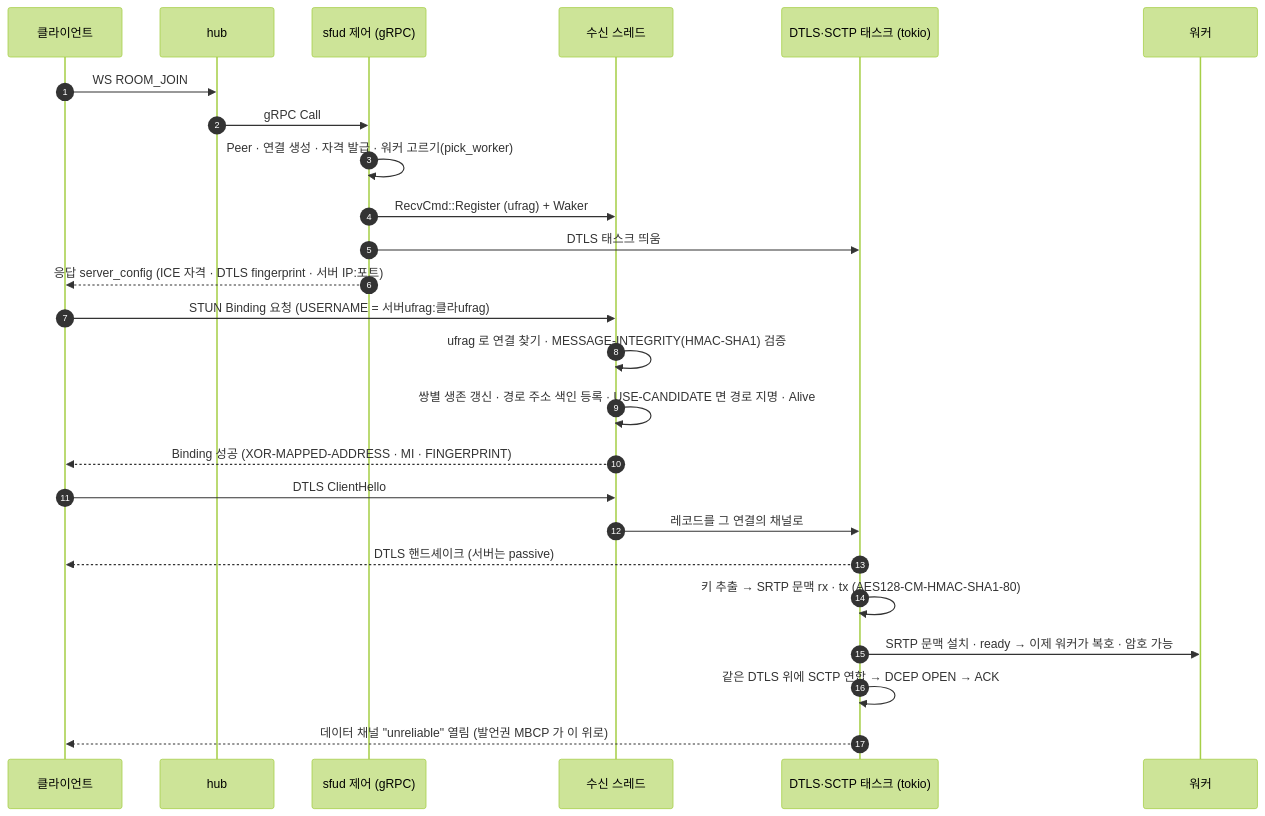
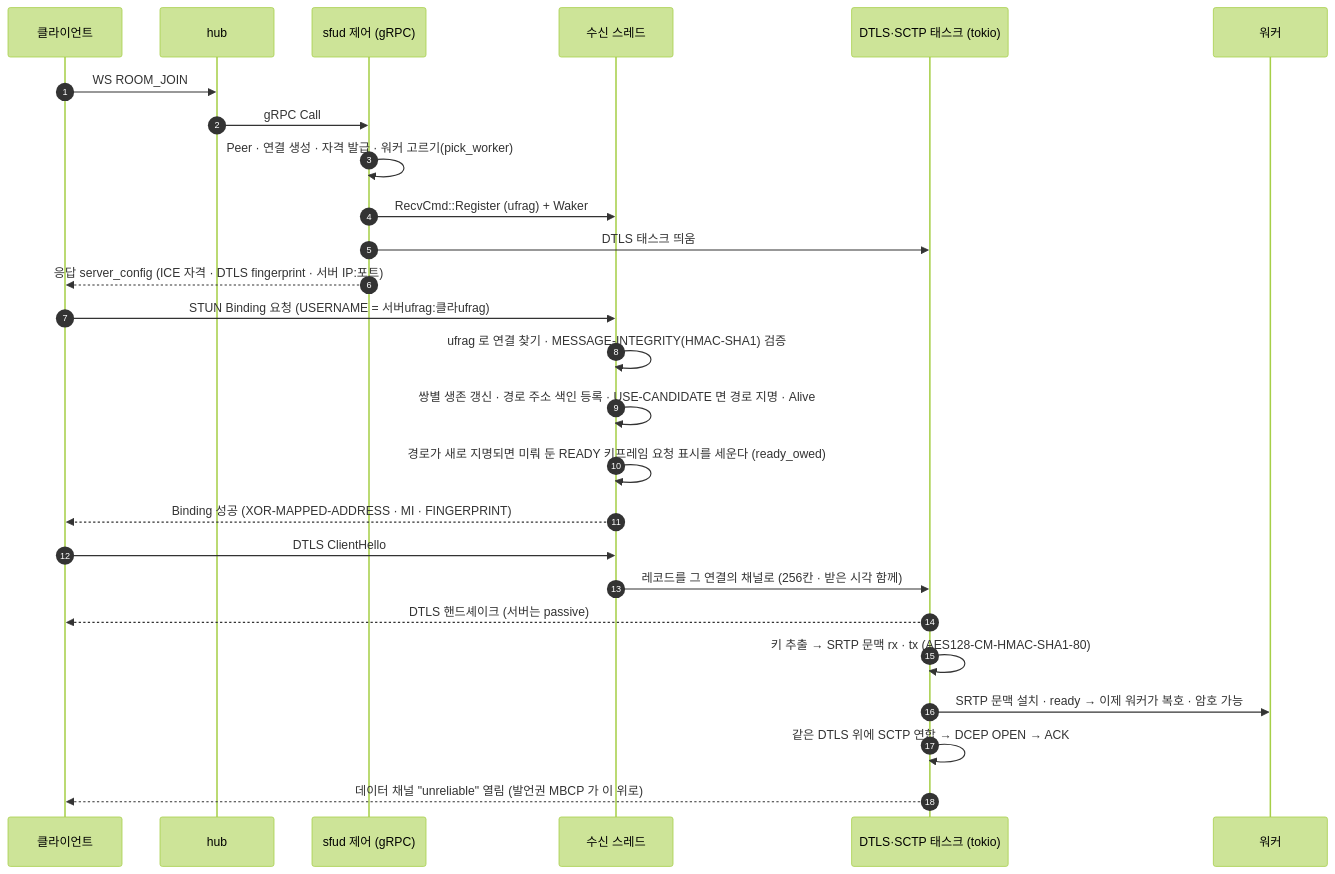
One commit to kodeholic9/oxlens-sfu changed the fifth of 11 diagrams in docs/architecture.md. Above: the diagram before and after it, drawn with Mermaid (forest theme). The commit also changed other lines of this file and 37 other files, not shown here.

````diff
--- a/docs/architecture.md
+++ b/docs/architecture.md
@@ -267,30 +322,31 @@
 ```mermaid
 sequenceDiagram
     autonumber
     participant C as 클라이언트
     participant H as hub
     participant G as sfud 제어 (gRPC)
     participant R as 수신 스레드
     participant D as DTLS·SCTP 태스크 (tokio)
     participant W as 워커
 
     C->>H: WS ROOM_JOIN
     H->>G: gRPC Call
     G->>G: Peer · 연결 생성 · 자격 발급 · 워커 고르기(pick_worker)
     G->>R: RecvCmd::Register (ufrag) + Waker
     G->>D: DTLS 태스크 띄움
     G-->>C: 응답 server_config (ICE 자격 · DTLS fingerprint · 서버 IP:포트)
 
     C->>R: STUN Binding 요청 (USERNAME = 서버ufrag:클라ufrag)
     R->>R: ufrag 로 연결 찾기 · MESSAGE-INTEGRITY(HMAC-SHA1) 검증
     R->>R: 쌍별 생존 갱신 · 경로 주소 색인 등록 · USE-CANDIDATE 면 경로 지명 · Alive
+    R->>R: 경로가 새로 지명되면 미뤄 둔 READY 키프레임 요청 표시를 세운다 (ready_owed)
     R-->>C: Binding 성공 (XOR-MAPPED-ADDRESS · MI · FINGERPRINT)
 
     C->>R: DTLS ClientHello
-    R->>D: 레코드를 그 연결의 채널로
+    R->>D: 레코드를 그 연결의 채널로 (256칸 · 받은 시각 함께)
     D-->>C: DTLS 핸드셰이크 (서버는 passive)
     D->>D: 키 추출 → SRTP 문맥 rx · tx (AES128-CM-HMAC-SHA1-80)
     D->>W: SRTP 문맥 설치 · ready → 이제 워커가 복호 · 암호 가능
     D->>D: 같은 DTLS 위에 SCTP 연합 → DCEP OPEN → ACK
     D-->>C: 데이터 채널 "unreliable" 열림 (발언권 MBCP 가 이 위로)
 ```
````
